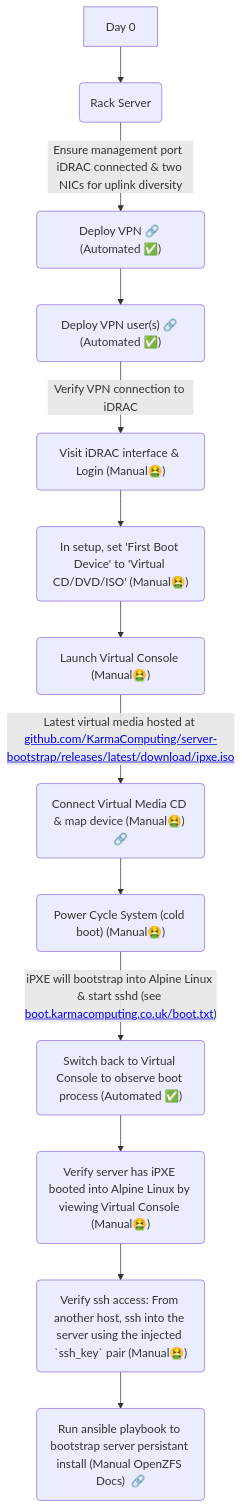
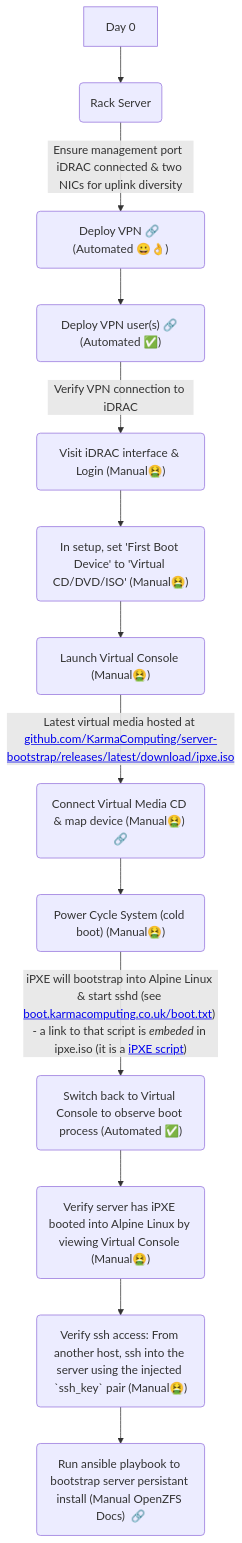
Before and after one commit to KarmaComputing/server-bootstrap: the diagram in README.md, drawn with Mermaid.

````diff
--- a/README.md
+++ b/README.md
@@ -10,20 +10,22 @@
 ```mermaid
+
 
 flowchart TD
     A[Day 0] --> B(Rack Server)
-    B --> |Ensure management port  iDRAC connected & two NICs for uplink diversity| C("Deploy VPN 🔗 (Automated ✅)")
+    B --> |Ensure management port  iDRAC connected & two NICs for uplink diversity| C("Deploy VPN 🔗 (Automated 😀👌)")
     C --> D("Deploy VPN user(s) 🔗 (Automated ✅)")
     D --> | Verify VPN connection to iDRAC| E("Visit iDRAC interface & Login (Manual🤮)")
     click C href "https://github.com/KarmaComputing/server-bootstrap/blob/main/vpn-client/README.md" "Deploy VPN Docs"
     click D href "https://github.com/KarmaComputing/server-bootstrap/blob/main/vpn-client/README.md" "Deploy VPN Docs"
     E --> F("In setup, set 'First Boot Device' to 'Virtual CD/DVD/ISO' (Manual🤮)")
     F --> G("Launch Virtual Console (Manual🤮)")
     G --> |"Latest virtual media hosted at <a href='https://github.com/KarmaComputing/server-bootstrap/releases/latest/download/ipxe.iso'>github.com/KarmaComputing/server-bootstrap/releases/latest/download/ipxe.iso</a>"| H("Connect Virtual Media CD & map device (Manual🤮) 🔗")
     click H href "https://github.com/KarmaComputing/server-bootstrap/releases/latest/download/ipxe.iso" "Deploy VPN Docs"
     H --> I("Power Cycle System (cold boot) (Manual🤮)")
-    I --> |"iPXE will bootstrap into Alpine Linux & start sshd (see <a href='https://boot.karmacomputing.co.uk/boot.txt'>boot.karmacomputing.co.uk/boot.txt</a>)"| J("Switch back to Virtual Console to observe boot process (Automated ✅)")
+    I --> |"iPXE will bootstrap into Alpine Linux & start sshd (see <a href='https://boot.karmacomputing.co.uk/boot.txt'>boot.karmacomputing.co.uk/boot.txt</a>) - a link to that script is <em>embeded</em> in ipxe.iso (it is a <a href='https://ipxe.org/scripting'>iPXE script</a>) "| J("Switch back to Virtual Console to observe boot process (Automated ✅)")
     J --> K("Verify server has iPXE booted into Alpine Linux by viewing Virtual Console (Manual🤮)")
     K --> L("Verify ssh access: From another host, ssh into the server using the injected `ssh_key` pair (Manual🤮)")
     L --> M("Run ansible playbook to bootstrap server persistant install (Manual OpenZFS Docs)  🔗")
    click M href "https://openzfs.github.io/openzfs-docs/Getting%20Started/Fedora/Root%20on%20ZFS.html" "Install ZFS root Fedora"
+
 ```
````
